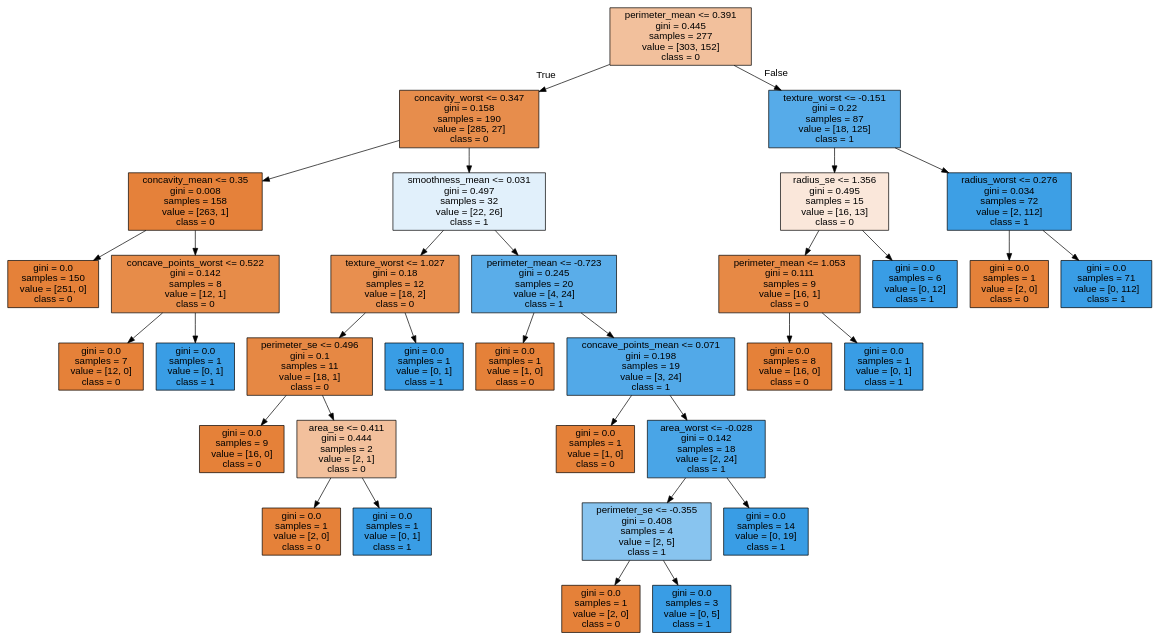
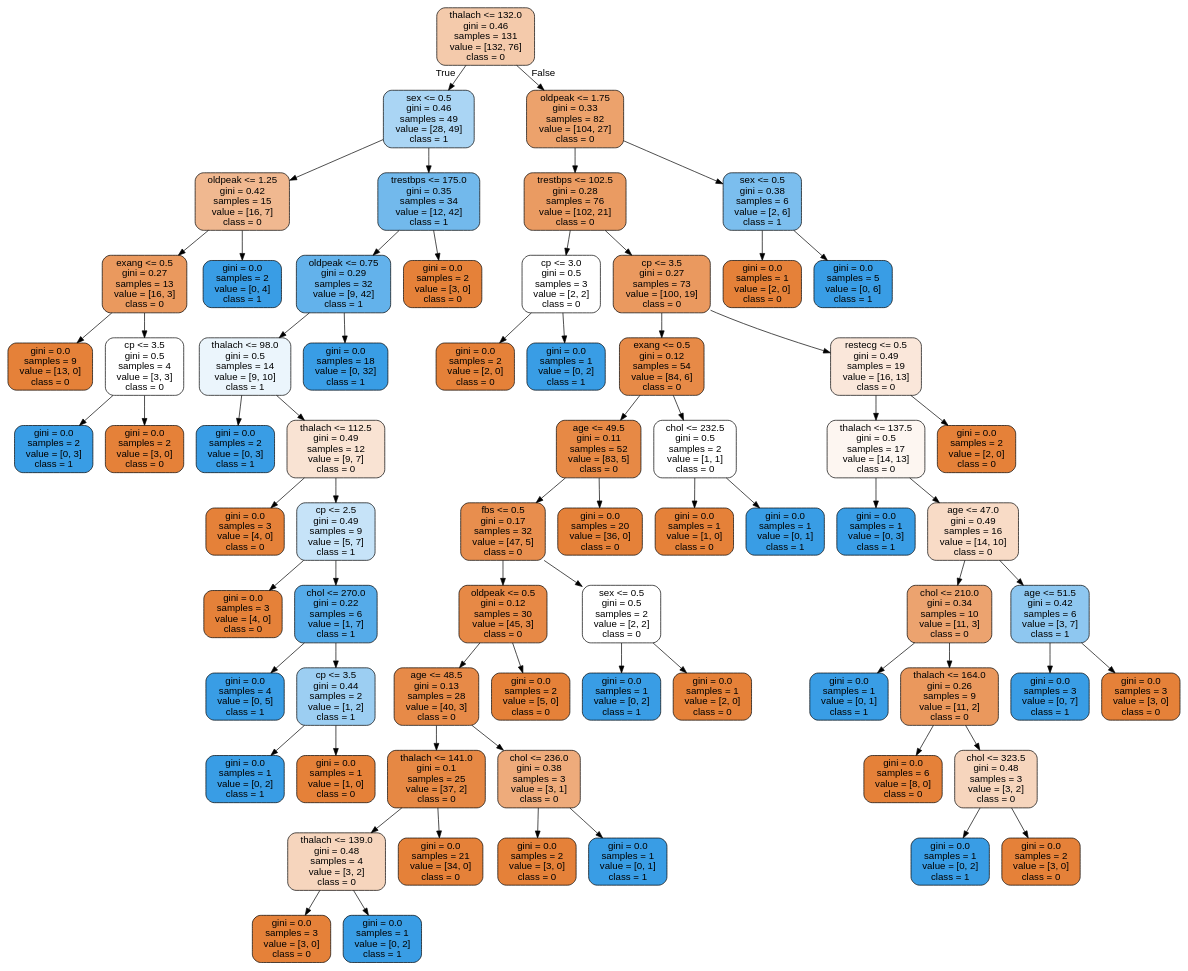
Before and after one commit to cyrilvincent/math: the diagram in data/breast-cancer/tree.dot, drawn with Graphviz. The commit also changed 1 other file, not shown here.

```diff
--- a/data/breast-cancer/tree.dot
+++ b/data/breast-cancer/tree.dot
@@ -1,69 +1,141 @@
 digraph Tree {
-node [shape=box, style="filled", color="black", fontname="helvetica"] ;
+node [shape=box, style="filled, rounded", color="black", fontname="helvetica"] ;
 edge [fontname="helvetica"] ;
-0 [label="perimeter_mean <= 0.391\ngini = 0.445\nsamples = 277\nvalue = [303, 152]\nclass = 0", fillcolor="#f2c09c"] ;
-1 [label="concavity_worst <= 0.347\ngini = 0.158\nsamples = 190\nvalue = [285, 27]\nclass = 0", fillcolor="#e78d4c"] ;
+0 [label="thalach <= 132.0\ngini = 0.46\nsamples = 131\nvalue = [132, 76]\nclass = 0", fillcolor="#f4caab"] ;
+1 [label="sex <= 0.5\ngini = 0.46\nsamples = 49\nvalue = [28, 49]\nclass = 1", fillcolor="#aad5f4"] ;
 0 -> 1 [labeldistance=2.5, labelangle=45, headlabel="True"] ;
-2 [label="concavity_mean <= 0.35\ngini = 0.008\nsamples = 158\nvalue = [263, 1]\nclass = 0", fillcolor="#e5813a"] ;
+2 [label="oldpeak <= 1.25\ngini = 0.42\nsamples = 15\nvalue = [16, 7]\nclass = 0", fillcolor="#f0b890"] ;
 1 -> 2 ;
-3 [label="gini = 0.0\nsamples = 150\nvalue = [251, 0]\nclass = 0", fillcolor="#e58139"] ;
+3 [label="exang <= 0.5\ngini = 0.27\nsamples = 13\nvalue = [16, 3]\nclass = 0", fillcolor="#ea995e"] ;
 2 -> 3 ;
-4 [label="concave_points_worst <= 0.522\ngini = 0.142\nsamples = 8\nvalue = [12, 1]\nclass = 0", fillcolor="#e78c49"] ;
-2 -> 4 ;
-5 [label="gini = 0.0\nsamples = 7\nvalue = [12, 0]\nclass = 0", fillcolor="#e58139"] ;
-4 -> 5 ;
-6 [label="gini = 0.0\nsamples = 1\nvalue = [0, 1]\nclass = 1", fillcolor="#399de5"] ;
-4 -> 6 ;
-7 [label="smoothness_mean <= 0.031\ngini = 0.497\nsamples = 32\nvalue = [22, 26]\nclass = 1", fillcolor="#e1f0fb"] ;
-1 -> 7 ;
-8 [label="texture_worst <= 1.027\ngini = 0.18\nsamples = 12\nvalue = [18, 2]\nclass = 0", fillcolor="#e88f4f"] ;
-7 -> 8 ;
-9 [label="perimeter_se <= 0.496\ngini = 0.1\nsamples = 11\nvalue = [18, 1]\nclass = 0", fillcolor="#e68844"] ;
-8 -> 9 ;
-10 [label="gini = 0.0\nsamples = 9\nvalue = [16, 0]\nclass = 0", fillcolor="#e58139"] ;
+4 [label="gini = 0.0\nsamples = 9\nvalue = [13, 0]\nclass = 0", fillcolor="#e58139"] ;
+3 -> 4 ;
+5 [label="cp <= 3.5\ngini = 0.5\nsamples = 4\nvalue = [3, 3]\nclass = 0", fillcolor="#ffffff"] ;
+3 -> 5 ;
+6 [label="gini = 0.0\nsamples = 2\nvalue = [0, 3]\nclass = 1", fillcolor="#399de5"] ;
+5 -> 6 ;
+7 [label="gini = 0.0\nsamples = 2\nvalue = [3, 0]\nclass = 0", fillcolor="#e58139"] ;
+5 -> 7 ;
+8 [label="gini = 0.0\nsamples = 2\nvalue = [0, 4]\nclass = 1", fillcolor="#399de5"] ;
+2 -> 8 ;
+9 [label="trestbps <= 175.0\ngini = 0.35\nsamples = 34\nvalue = [12, 42]\nclass = 1", fillcolor="#72b9ec"] ;
+1 -> 9 ;
+10 [label="oldpeak <= 0.75\ngini = 0.29\nsamples = 32\nvalue = [9, 42]\nclass = 1", fillcolor="#63b2eb"] ;
 9 -> 10 ;
-11 [label="area_se <= 0.411\ngini = 0.444\nsamples = 2\nvalue = [2, 1]\nclass = 0", fillcolor="#f2c09c"] ;
-9 -> 11 ;
-12 [label="gini = 0.0\nsamples = 1\nvalue = [2, 0]\nclass = 0", fillcolor="#e58139"] ;
+11 [label="thalach <= 98.0\ngini = 0.5\nsamples = 14\nvalue = [9, 10]\nclass = 1", fillcolor="#ebf5fc"] ;
+10 -> 11 ;
+12 [label="gini = 0.0\nsamples = 2\nvalue = [0, 3]\nclass = 1", fillcolor="#399de5"] ;
 11 -> 12 ;
-13 [label="gini = 0.0\nsamples = 1\nvalue = [0, 1]\nclass = 1", fillcolor="#399de5"] ;
+13 [label="thalach <= 112.5\ngini = 0.49\nsamples = 12\nvalue = [9, 7]\nclass = 0", fillcolor="#f9e3d3"] ;
 11 -> 13 ;
-14 [label="gini = 0.0\nsamples = 1\nvalue = [0, 1]\nclass = 1", fillcolor="#399de5"] ;
-8 -> 14 ;
-15 [label="perimeter_mean <= -0.723\ngini = 0.245\nsamples = 20\nvalue = [4, 24]\nclass = 1", fillcolor="#5aade9"] ;
-7 -> 15 ;
-16 [label="gini = 0.0\nsamples = 1\nvalue = [1, 0]\nclass = 0", fillcolor="#e58139"] ;
+14 [label="gini = 0.0\nsamples = 3\nvalue = [4, 0]\nclass = 0", fillcolor="#e58139"] ;
+13 -> 14 ;
+15 [label="cp <= 2.5\ngini = 0.49\nsamples = 9\nvalue = [5, 7]\nclass = 1", fillcolor="#c6e3f8"] ;
+13 -> 15 ;
+16 [label="gini = 0.0\nsamples = 3\nvalue = [4, 0]\nclass = 0", fillcolor="#e58139"] ;
 15 -> 16 ;
-17 [label="concave_points_mean <= 0.071\ngini = 0.198\nsamples = 19\nvalue = [3, 24]\nclass = 1", fillcolor="#52a9e8"] ;
+17 [label="chol <= 270.0\ngini = 0.22\nsamples = 6\nvalue = [1, 7]\nclass = 1", fillcolor="#55abe9"] ;
 15 -> 17 ;
-18 [label="gini = 0.0\nsamples = 1\nvalue = [1, 0]\nclass = 0", fillcolor="#e58139"] ;
+18 [label="gini = 0.0\nsamples = 4\nvalue = [0, 5]\nclass = 1", fillcolor="#399de5"] ;
 17 -> 18 ;
-19 [label="area_worst <= -0.028\ngini = 0.142\nsamples = 18\nvalue = [2, 24]\nclass = 1", fillcolor="#49a5e7"] ;
+19 [label="cp <= 3.5\ngini = 0.44\nsamples = 2\nvalue = [1, 2]\nclass = 1", fillcolor="#9ccef2"] ;
 17 -> 19 ;
-20 [label="perimeter_se <= -0.355\ngini = 0.408\nsamples = 4\nvalue = [2, 5]\nclass = 1", fillcolor="#88c4ef"] ;
+20 [label="gini = 0.0\nsamples = 1\nvalue = [0, 2]\nclass = 1", fillcolor="#399de5"] ;
 19 -> 20 ;
-21 [label="gini = 0.0\nsamples = 1\nvalue = [2, 0]\nclass = 0", fillcolor="#e58139"] ;
-20 -> 21 ;
-22 [label="gini = 0.0\nsamples = 3\nvalue = [0, 5]\nclass = 1", fillcolor="#399de5"] ;
-20 -> 22 ;
-23 [label="gini = 0.0\nsamples = 14\nvalue = [0, 19]\nclass = 1", fillcolor="#399de5"] ;
-19 -> 23 ;
-24 [label="texture_worst <= -0.151\ngini = 0.22\nsamples = 87\nvalue = [18, 125]\nclass = 1", fillcolor="#56abe9"] ;
+21 [label="gini = 0.0\nsamples = 1\nvalue = [1, 0]\nclass = 0", fillcolor="#e58139"] ;
+19 -> 21 ;
+22 [label="gini = 0.0\nsamples = 18\nvalue = [0, 32]\nclass = 1", fillcolor="#399de5"] ;
+10 -> 22 ;
+23 [label="gini = 0.0\nsamples = 2\nvalue = [3, 0]\nclass = 0", fillcolor="#e58139"] ;
+9 -> 23 ;
+24 [label="oldpeak <= 1.75\ngini = 0.33\nsamples = 82\nvalue = [104, 27]\nclass = 0", fillcolor="#eca26c"] ;
 0 -> 24 [labeldistance=2.5, labelangle=-45, headlabel="False"] ;
-25 [label="radius_se <= 1.356\ngini = 0.495\nsamples = 15\nvalue = [16, 13]\nclass = 0", fillcolor="#fae7da"] ;
+25 [label="trestbps <= 102.5\ngini = 0.28\nsamples = 76\nvalue = [102, 21]\nclass = 0", fillcolor="#ea9b62"] ;
 24 -> 25 ;
-26 [label="perimeter_mean <= 1.053\ngini = 0.111\nsamples = 9\nvalue = [16, 1]\nclass = 0", fillcolor="#e78945"] ;
+26 [label="cp <= 3.0\ngini = 0.5\nsamples = 3\nvalue = [2, 2]\nclass = 0", fillcolor="#ffffff"] ;
 25 -> 26 ;
-27 [label="gini = 0.0\nsamples = 8\nvalue = [16, 0]\nclass = 0", fillcolor="#e58139"] ;
+27 [label="gini = 0.0\nsamples = 2\nvalue = [2, 0]\nclass = 0", fillcolor="#e58139"] ;
 26 -> 27 ;
-28 [label="gini = 0.0\nsamples = 1\nvalue = [0, 1]\nclass = 1", fillcolor="#399de5"] ;
+28 [label="gini = 0.0\nsamples = 1\nvalue = [0, 2]\nclass = 1", fillcolor="#399de5"] ;
 26 -> 28 ;
-29 [label="gini = 0.0\nsamples = 6\nvalue = [0, 12]\nclass = 1", fillcolor="#399de5"] ;
+29 [label="cp <= 3.5\ngini = 0.27\nsamples = 73\nvalue = [100, 19]\nclass = 0", fillcolor="#ea995f"] ;
 25 -> 29 ;
-30 [label="radius_worst <= 0.276\ngini = 0.034\nsamples = 72\nvalue = [2, 112]\nclass = 1", fillcolor="#3d9fe5"] ;
-24 -> 30 ;
-31 [label="gini = 0.0\nsamples = 1\nvalue = [2, 0]\nclass = 0", fillcolor="#e58139"] ;
+30 [label="exang <= 0.5\ngini = 0.12\nsamples = 54\nvalue = [84, 6]\nclass = 0", fillcolor="#e78a47"] ;
+29 -> 30 ;
+31 [label="age <= 49.5\ngini = 0.11\nsamples = 52\nvalue = [83, 5]\nclass = 0", fillcolor="#e78945"] ;
 30 -> 31 ;
-32 [label="gini = 0.0\nsamples = 71\nvalue = [0, 112]\nclass = 1", fillcolor="#399de5"] ;
-30 -> 32 ;
+32 [label="fbs <= 0.5\ngini = 0.17\nsamples = 32\nvalue = [47, 5]\nclass = 0", fillcolor="#e88e4e"] ;
+31 -> 32 ;
+33 [label="oldpeak <= 0.5\ngini = 0.12\nsamples = 30\nvalue = [45, 3]\nclass = 0", fillcolor="#e78946"] ;
+32 -> 33 ;
+34 [label="age <= 48.5\ngini = 0.13\nsamples = 28\nvalue = [40, 3]\nclass = 0", fillcolor="#e78a48"] ;
+33 -> 34 ;
+35 [label="thalach <= 141.0\ngini = 0.1\nsamples = 25\nvalue = [37, 2]\nclass = 0", fillcolor="#e68844"] ;
+34 -> 35 ;
+36 [label="thalach <= 139.0\ngini = 0.48\nsamples = 4\nvalue = [3, 2]\nclass = 0", fillcolor="#f6d5bd"] ;
+35 -> 36 ;
+37 [label="gini = 0.0\nsamples = 3\nvalue = [3, 0]\nclass = 0", fillcolor="#e58139"] ;
+36 -> 37 ;
+38 [label="gini = 0.0\nsamples = 1\nvalue = [0, 2]\nclass = 1", fillcolor="#399de5"] ;
+36 -> 38 ;
+39 [label="gini = 0.0\nsamples = 21\nvalue = [34, 0]\nclass = 0", fillcolor="#e58139"] ;
+35 -> 39 ;
+40 [label="chol <= 236.0\ngini = 0.38\nsamples = 3\nvalue = [3, 1]\nclass = 0", fillcolor="#eeab7b"] ;
+34 -> 40 ;
+41 [label="gini = 0.0\nsamples = 2\nvalue = [3, 0]\nclass = 0", fillcolor="#e58139"] ;
+40 -> 41 ;
+42 [label="gini = 0.0\nsamples = 1\nvalue = [0, 1]\nclass = 1", fillcolor="#399de5"] ;
+40 -> 42 ;
+43 [label="gini = 0.0\nsamples = 2\nvalue = [5, 0]\nclass = 0", fillcolor="#e58139"] ;
+33 -> 43 ;
+44 [label="sex <= 0.5\ngini = 0.5\nsamples = 2\nvalue = [2, 2]\nclass = 0", fillcolor="#ffffff"] ;
+32 -> 44 ;
+45 [label="gini = 0.0\nsamples = 1\nvalue = [0, 2]\nclass = 1", fillcolor="#399de5"] ;
+44 -> 45 ;
+46 [label="gini = 0.0\nsamples = 1\nvalue = [2, 0]\nclass = 0", fillcolor="#e58139"] ;
+44 -> 46 ;
+47 [label="gini = 0.0\nsamples = 20\nvalue = [36, 0]\nclass = 0", fillcolor="#e58139"] ;
+31 -> 47 ;
+48 [label="chol <= 232.5\ngini = 0.5\nsamples = 2\nvalue = [1, 1]\nclass = 0", fillcolor="#ffffff"] ;
+30 -> 48 ;
+49 [label="gini = 0.0\nsamples = 1\nvalue = [1, 0]\nclass = 0", fillcolor="#e58139"] ;
+48 -> 49 ;
+50 [label="gini = 0.0\nsamples = 1\nvalue = [0, 1]\nclass = 1", fillcolor="#399de5"] ;
+48 -> 50 ;
+51 [label="restecg <= 0.5\ngini = 0.49\nsamples = 19\nvalue = [16, 13]\nclass = 0", fillcolor="#fae7da"] ;
+29 -> 51 ;
+52 [label="thalach <= 137.5\ngini = 0.5\nsamples = 17\nvalue = [14, 13]\nclass = 0", fillcolor="#fdf6f1"] ;
+51 -> 52 ;
+53 [label="gini = 0.0\nsamples = 1\nvalue = [0, 3]\nclass = 1", fillcolor="#399de5"] ;
+52 -> 53 ;
+54 [label="age <= 47.0\ngini = 0.49\nsamples = 16\nvalue = [14, 10]\nclass = 0", fillcolor="#f8dbc6"] ;
+52 -> 54 ;
+55 [label="chol <= 210.0\ngini = 0.34\nsamples = 10\nvalue = [11, 3]\nclass = 0", fillcolor="#eca36f"] ;
+54 -> 55 ;
+56 [label="gini = 0.0\nsamples = 1\nvalue = [0, 1]\nclass = 1", fillcolor="#399de5"] ;
+55 -> 56 ;
+57 [label="thalach <= 164.0\ngini = 0.26\nsamples = 9\nvalue = [11, 2]\nclass = 0", fillcolor="#ea985d"] ;
+55 -> 57 ;
+58 [label="gini = 0.0\nsamples = 6\nvalue = [8, 0]\nclass = 0", fillcolor="#e58139"] ;
+57 -> 58 ;
+59 [label="chol <= 323.5\ngini = 0.48\nsamples = 3\nvalue = [3, 2]\nclass = 0", fillcolor="#f6d5bd"] ;
+57 -> 59 ;
+60 [label="gini = 0.0\nsamples = 1\nvalue = [0, 2]\nclass = 1", fillcolor="#399de5"] ;
+59 -> 60 ;
+61 [label="gini = 0.0\nsamples = 2\nvalue = [3, 0]\nclass = 0", fillcolor="#e58139"] ;
+59 -> 61 ;
+62 [label="age <= 51.5\ngini = 0.42\nsamples = 6\nvalue = [3, 7]\nclass = 1", fillcolor="#8ec7f0"] ;
+54 -> 62 ;
+63 [label="gini = 0.0\nsamples = 3\nvalue = [0, 7]\nclass = 1", fillcolor="#399de5"] ;
+62 -> 63 ;
+64 [label="gini = 0.0\nsamples = 3\nvalue = [3, 0]\nclass = 0", fillcolor="#e58139"] ;
+62 -> 64 ;
+65 [label="gini = 0.0\nsamples = 2\nvalue = [2, 0]\nclass = 0", fillcolor="#e58139"] ;
+51 -> 65 ;
+66 [label="sex <= 0.5\ngini = 0.38\nsamples = 6\nvalue = [2, 6]\nclass = 1", fillcolor="#7bbeee"] ;
+24 -> 66 ;
+67 [label="gini = 0.0\nsamples = 1\nvalue = [2, 0]\nclass = 0", fillcolor="#e58139"] ;
+66 -> 67 ;
+68 [label="gini = 0.0\nsamples = 5\nvalue = [0, 6]\nclass = 1", fillcolor="#399de5"] ;
+66 -> 68 ;
 }
```
